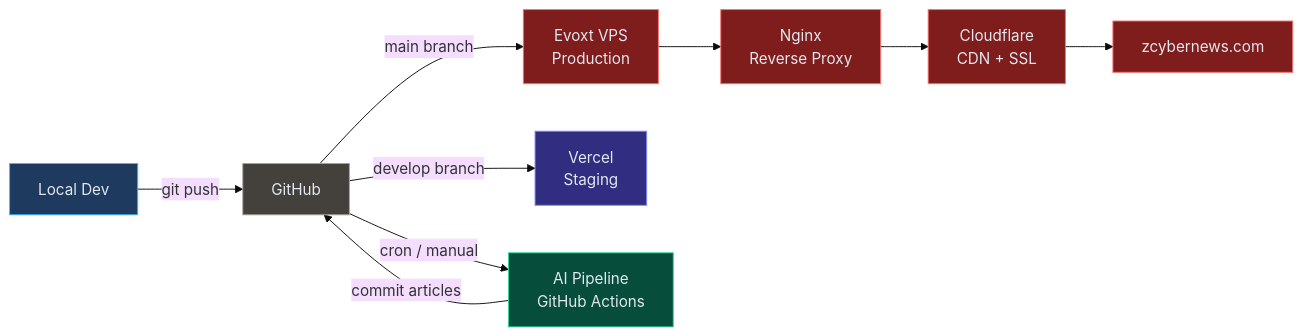
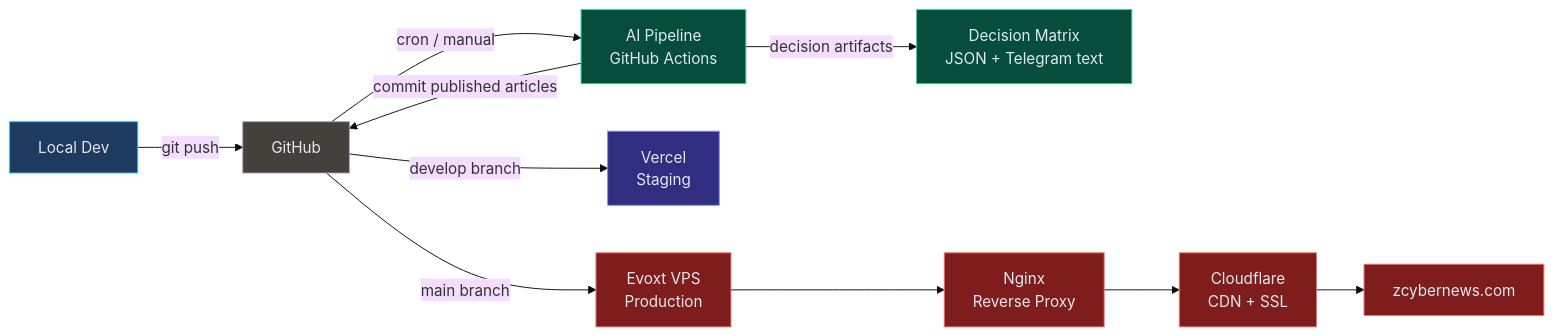
Before and after one commit to jamesKhor/Zcybernews: the third of 3 diagrams in README.md, drawn with Mermaid (base theme). The commit also changed other lines of this file and 7 other files, not shown here.

````diff
--- a/README.md
+++ b/README.md
@@ -253,20 +292,22 @@
 ```mermaid
 graph LR
     DEV[Local Dev] -->|git push| GH[GitHub]
     GH -->|main branch| VPS[Evoxt VPS<br/>Production]
     GH -->|develop branch| VERCEL[Vercel<br/>Staging]
     GH -->|cron / manual| PIPELINE[AI Pipeline<br/>GitHub Actions]
-    PIPELINE -->|commit articles| GH
+    PIPELINE -->|decision artifacts| MATRIX[Decision Matrix<br/>JSON + Telegram text]
+    PIPELINE -->|commit published articles| GH
     VPS --> NGINX[Nginx<br/>Reverse Proxy]
     NGINX --> CF[Cloudflare<br/>CDN + SSL]
     CF --> USER[zcybernews.com]
 
     style DEV fill:#1e3a5f,stroke:#38bdf8,color:#e2e8f0
     style GH fill:#44403c,stroke:#a8a29e,color:#e2e8f0
     style VPS fill:#7f1d1d,stroke:#f87171,color:#e2e8f0
     style VERCEL fill:#312e81,stroke:#818cf8,color:#e2e8f0
     style PIPELINE fill:#064e3b,stroke:#34d399,color:#e2e8f0
+    style MATRIX fill:#064e3b,stroke:#34d399,color:#e2e8f0
     style NGINX fill:#7f1d1d,stroke:#f87171,color:#e2e8f0
     style CF fill:#7f1d1d,stroke:#f87171,color:#e2e8f0
     style USER fill:#7f1d1d,stroke:#f87171,color:#e2e8f0
 ```
````
